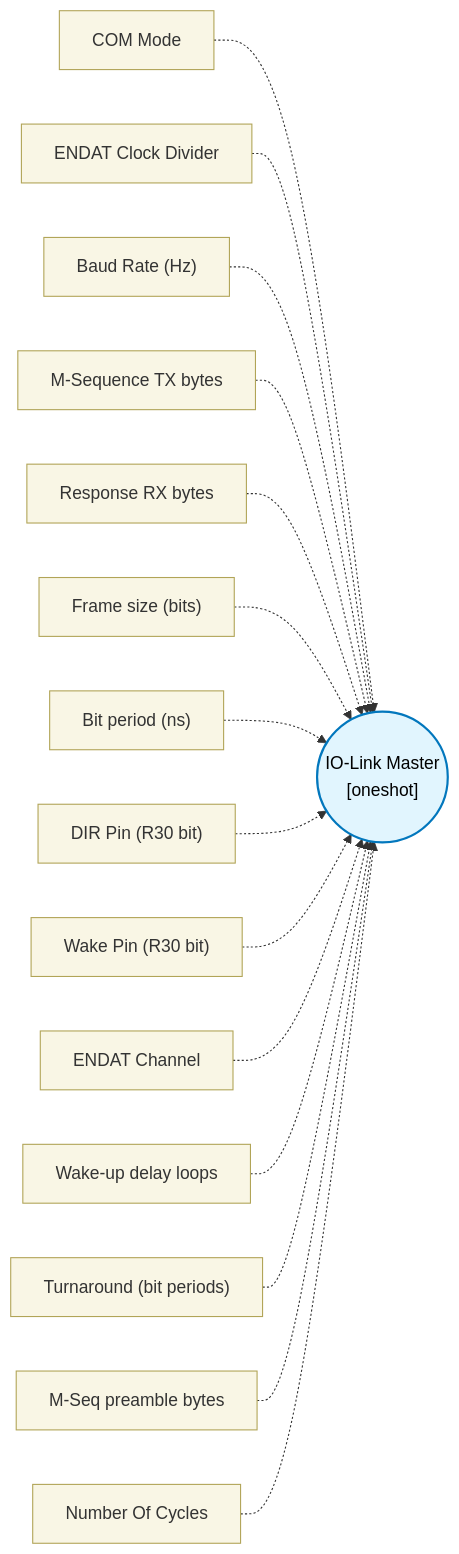
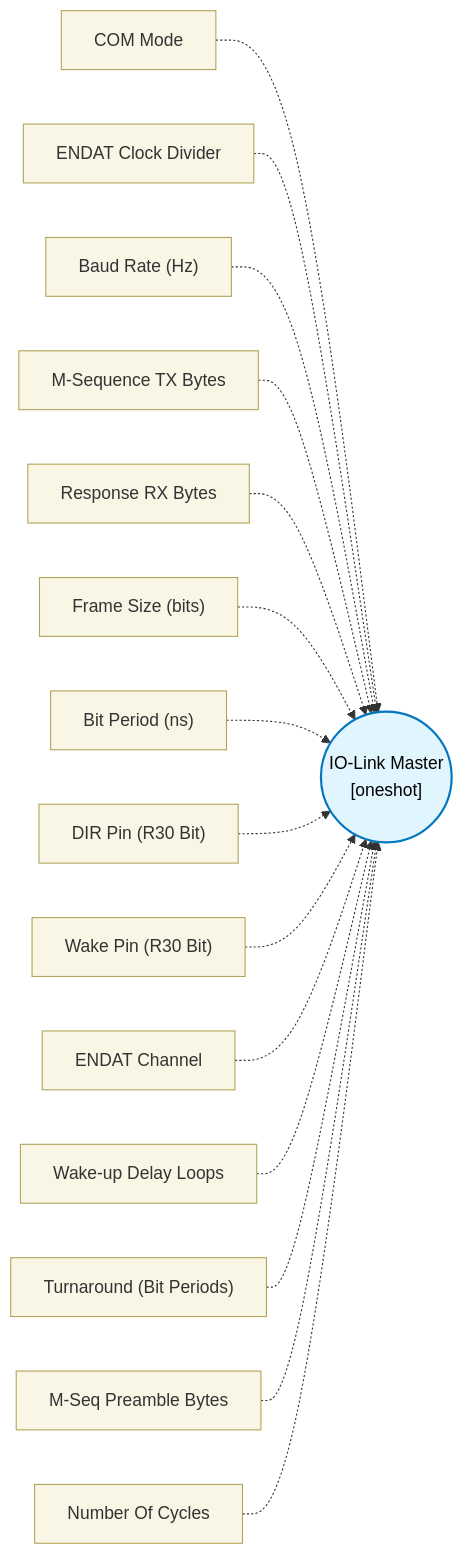
Before and after one commit to TexasInstruments/pru-no-code-tool: the diagram in docs/block-reference/blocks/iolink_master_block/design.md, drawn with Mermaid. The commit also changed other lines of this file and 89 other files, not shown here.

````diff
--- a/docs/block-reference/blocks/iolink_master_block/design.md
+++ b/docs/block-reference/blocks/iolink_master_block/design.md
@@ -39,20 +39,20 @@
 ```mermaid
 flowchart LR
   classDef config fill:#f9f6e5,stroke:#b1a457,stroke-width:1px,color:#333;
   classDef core fill:#e1f5fe,stroke:#0277bd,stroke-width:2px,color:#000;
   CORE(("IO-Link Master\n[oneshot]")):::core
   CFG0["COM Mode"]:::config -.-> CORE
   CFG1["ENDAT Clock Divider"]:::config -.-> CORE
   CFG2["Baud Rate (Hz)"]:::config -.-> CORE
-  CFG3["M-Sequence TX bytes"]:::config -.-> CORE
-  CFG4["Response RX bytes"]:::config -.-> CORE
-  CFG5["Frame size (bits)"]:::config -.-> CORE
-  CFG6["Bit period (ns)"]:::config -.-> CORE
-  CFG7["DIR Pin (R30 bit)"]:::config -.-> CORE
-  CFG8["Wake Pin (R30 bit)"]:::config -.-> CORE
+  CFG3["M-Sequence TX Bytes"]:::config -.-> CORE
+  CFG4["Response RX Bytes"]:::config -.-> CORE
+  CFG5["Frame Size (bits)"]:::config -.-> CORE
+  CFG6["Bit Period (ns)"]:::config -.-> CORE
+  CFG7["DIR Pin (R30 Bit)"]:::config -.-> CORE
+  CFG8["Wake Pin (R30 Bit)"]:::config -.-> CORE
   CFG9["ENDAT Channel"]:::config -.-> CORE
-  CFG10["Wake-up delay loops"]:::config -.-> CORE
-  CFG11["Turnaround (bit periods)"]:::config -.-> CORE
-  CFG12["M-Seq preamble bytes"]:::config -.-> CORE
+  CFG10["Wake-up Delay Loops"]:::config -.-> CORE
+  CFG11["Turnaround (Bit Periods)"]:::config -.-> CORE
+  CFG12["M-Seq Preamble Bytes"]:::config -.-> CORE
   CFG13["Number Of Cycles"]:::config -.-> CORE
 ```
````
